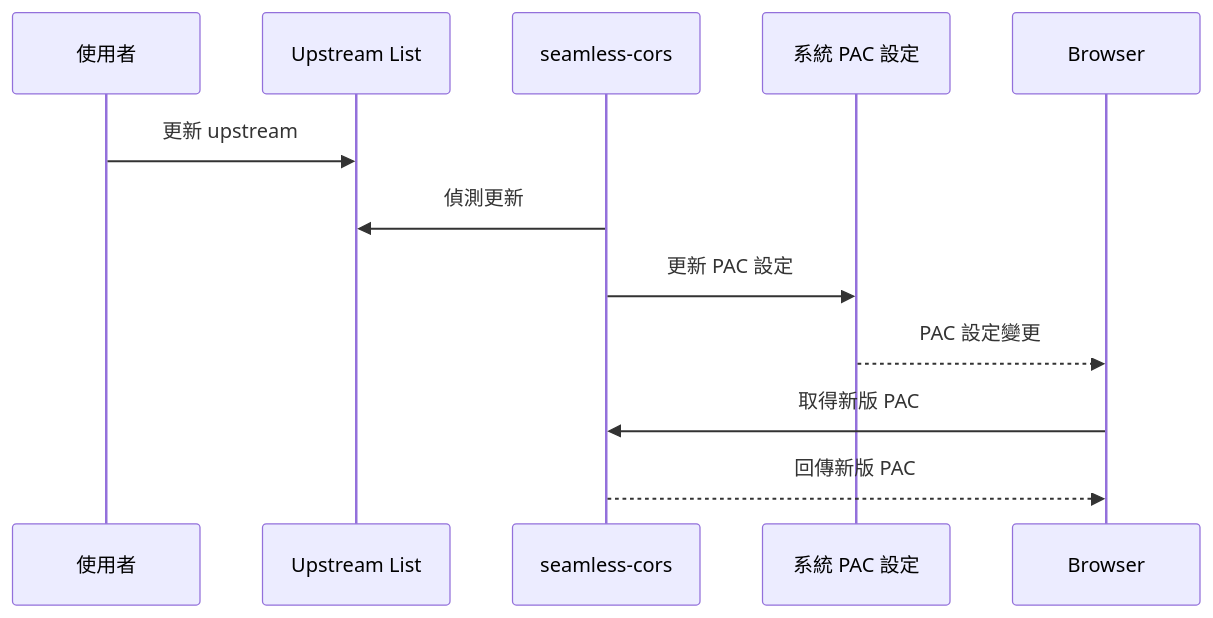
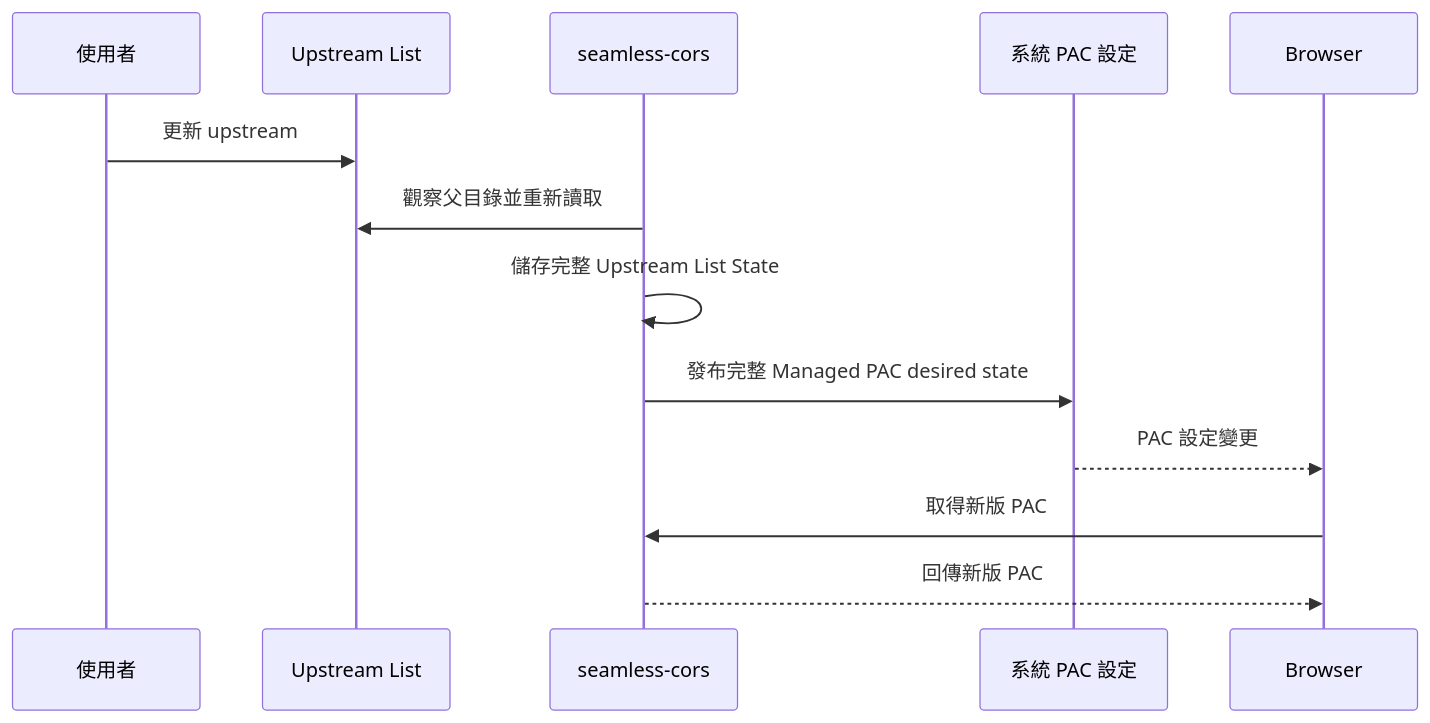
One commit to QzCurious/Go-CORS-Proxy changed the third of 8 diagrams in diagrams/v5.md. Above: the diagram before and after it, drawn with Mermaid. The commit also changed other lines of this file and 35 other files, not shown here.

Commit message:
Refactor upstream list and managed PAC reconciliation

````diff
--- a/diagrams/v5.md
+++ b/diagrams/v5.md
@@ -36,15 +36,16 @@
 ```mermaid
 sequenceDiagram
   participant User as 使用者
   participant UpstreamList as Upstream List
   participant SeamlessCors as seamless-cors
   participant SystemPAC as 系統 PAC 設定
   participant Browser
 
   User->>UpstreamList: 更新 upstream
-  SeamlessCors->>UpstreamList: 偵測更新
-  SeamlessCors->>SystemPAC: 更新 PAC 設定
-  SystemPAC-->>Browser: PAC 設定變更
+	SeamlessCors->>UpstreamList: 觀察父目錄並重新讀取
+	SeamlessCors->>SeamlessCors: 儲存完整 Upstream List State
+	SeamlessCors->>SystemPAC: 發布完整 Managed PAC desired state
+	SystemPAC-->>Browser: PAC 設定變更
   Browser->>SeamlessCors: 取得新版 PAC
   SeamlessCors-->>Browser: 回傳新版 PAC
 ```
````
